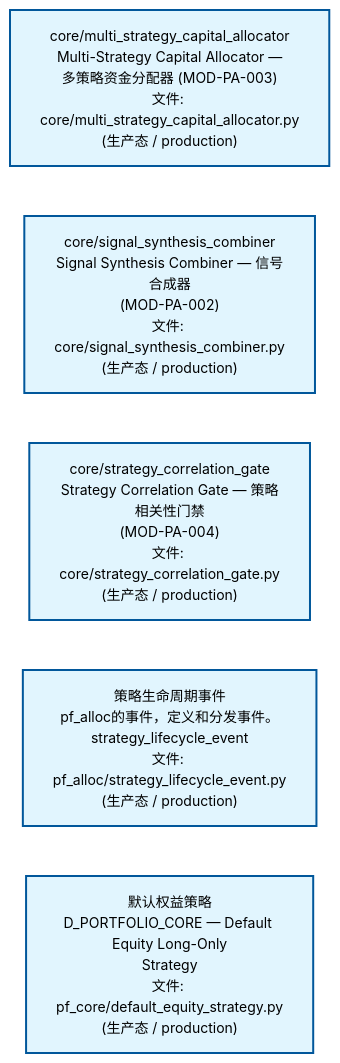
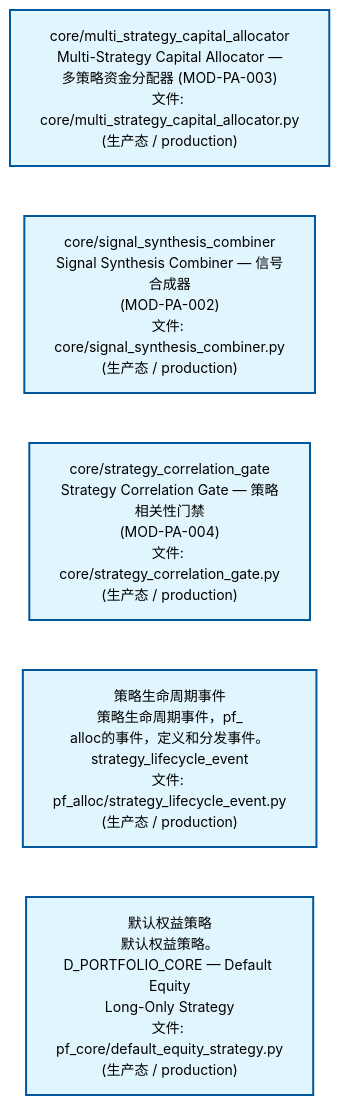
One commit to xuanFelixVan/ZephyrAlpha changed the second of 4 diagrams in docs/02_enterprise_architecture/02_domain_architecture_docs/62_d_pf_alloc.md. Above: the diagram before and after it, drawn with Mermaid. The commit also changed other lines of this file and 56 other files, not shown here.

````diff
--- a/docs/02_enterprise_architecture/02_domain_architecture_docs/62_d_pf_alloc.md
+++ b/docs/02_enterprise_architecture/02_domain_architecture_docs/62_d_pf_alloc.md
@@ -99,18 +99,18 @@
 ```mermaid
 %%{init: {'theme': 'base', 'themeVariables': {'primaryColor': '#eaeaea', 'primaryTextColor': '#333333', 'primaryBorderColor': '#666666', 'lineColor': '#666666', 'secondaryColor': '#eaeaea', 'tertiaryColor': '#eaeaea', 'fontSize': '14px'}}}%%
 flowchart TD
     src_zephyr_pf_alloc_core_multi_strategy_capital_allocator_py["core/multi_strategy_capital_allocator<br/>Multi-Strategy Capital Allocator —<br/>多策略资金分配器 (MOD-PA-003)<br/>文件: core/multi_strategy_capital_allocator.py<br/>(生产态 / production)"]
     src_zephyr_pf_alloc_core_signal_synthesis_combiner_py["core/signal_synthesis_combiner<br/>Signal Synthesis Combiner — 信号合成器<br/>(MOD-PA-002)<br/>文件: core/signal_synthesis_combiner.py<br/>(生产态 / production)"]
     src_zephyr_pf_alloc_core_strategy_correlation_gate_py["core/strategy_correlation_gate<br/>Strategy Correlation Gate — 策略相关性门禁<br/>(MOD-PA-004)<br/>文件: core/strategy_correlation_gate.py<br/>(生产态 / production)"]
-    src_zephyr_pf_alloc_strategy_lifecycle_event_py["策略生命周期事件<br/>pf_alloc的事件，定义和分发事件。<br/>strategy_lifecycle_event<br/>文件: pf_alloc/strategy_lifecycle_event.py<br/>(生产态 / production)"]
-    src_zephyr_pf_core_default_equity_strategy_py["默认权益策略<br/>D_PORTFOLIO_CORE — Default Equity Long-Only<br/>Strategy<br/>文件: pf_core/default_equity_strategy.py<br/>(生产态 / production)"]
+    src_zephyr_pf_alloc_strategy_lifecycle_event_py["策略生命周期事件<br/>策略生命周期事件，pf_<br/>alloc的事件，定义和分发事件。<br/>strategy_lifecycle_event<br/>文件: pf_alloc/strategy_lifecycle_event.py<br/>(生产态 / production)"]
+    src_zephyr_pf_core_default_equity_strategy_py["默认权益策略<br/>默认权益策略。D_PORTFOLIO_CORE — Default Equity<br/>Long-Only Strategy<br/>文件: pf_core/default_equity_strategy.py<br/>(生产态 / production)"]
     src_zephyr_pf_alloc_core_multi_strategy_capital_allocator_py ~~~ src_zephyr_pf_alloc_core_signal_synthesis_combiner_py
     src_zephyr_pf_alloc_core_signal_synthesis_combiner_py ~~~ src_zephyr_pf_alloc_core_strategy_correlation_gate_py
     src_zephyr_pf_alloc_core_strategy_correlation_gate_py ~~~ src_zephyr_pf_alloc_strategy_lifecycle_event_py
     src_zephyr_pf_alloc_strategy_lifecycle_event_py ~~~ src_zephyr_pf_core_default_equity_strategy_py
     classDef production fill:#e1f5fe,stroke:#01579b,stroke-width:2px,color:#000
     classDef design fill:#fff3e0,stroke:#e65100,stroke-width:2px,color:#000,stroke-dasharray: 5 5
     classDef external_prod fill:#e8f4fd,stroke:#0277bd,stroke-width:1px,color:#000
     classDef external_design fill:#fff8e7,stroke:#ef6c00,stroke-width:1px,color:#000,stroke-dasharray: 5 5
     class src_zephyr_pf_alloc_core_multi_strategy_capital_allocator_py,src_zephyr_pf_alloc_core_signal_synthesis_combiner_py,src_zephyr_pf_alloc_core_strategy_correlation_gate_py,src_zephyr_pf_alloc_strategy_lifecycle_event_py,src_zephyr_pf_core_default_equity_strategy_py production
 ```
````
